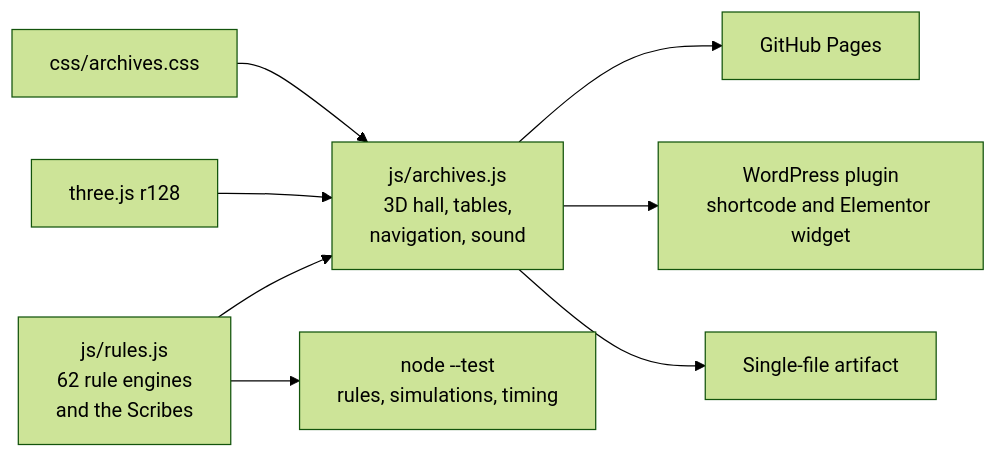
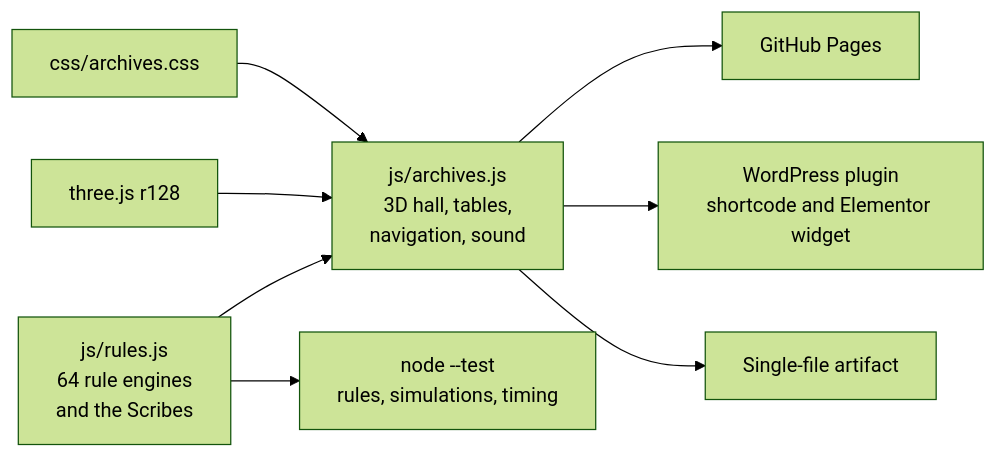
The second of 2 diagrams in README.md (CptNope/Librarium-Archives), drawn with Mermaid (forest theme) before and after one commit. The commit also changed other lines of this file and 8 other files, not shown here.

First line of the commit message:
Card room docs: exhibits, rule choices, engines matrix, changelog 0.32.0, sources

````diff
--- a/README.md
+++ b/README.md
@@ -41,10 +41,10 @@
 ```mermaid
 flowchart LR
-    rules["js/rules.js<br/>62 rule engines<br/>and the Scribes"] --> hall["js/archives.js<br/>3D hall, tables,<br/>navigation, sound"]
+    rules["js/rules.js<br/>64 rule engines<br/>and the Scribes"] --> hall["js/archives.js<br/>3D hall, tables,<br/>navigation, sound"]
     three["three.js r128"] --> hall
     css["css/archives.css"] --> hall
     hall --> site["GitHub Pages"]
     hall --> plugin["WordPress plugin<br/>shortcode and Elementor widget"]
     hall --> artifact["Single-file artifact"]
     rules --> tests["node --test<br/>rules, simulations, timing"]
 ```
````
